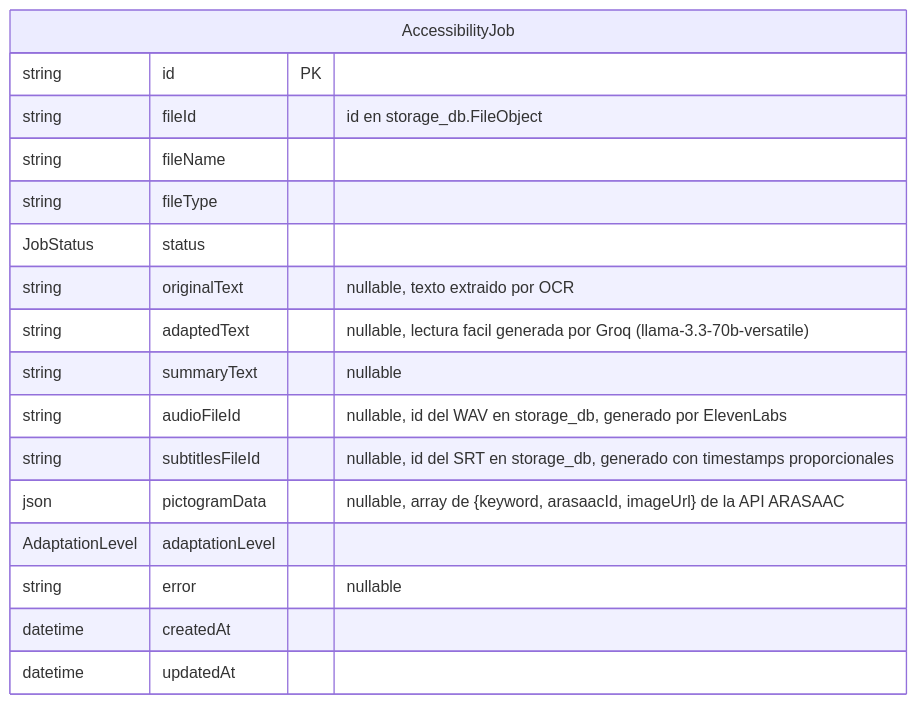
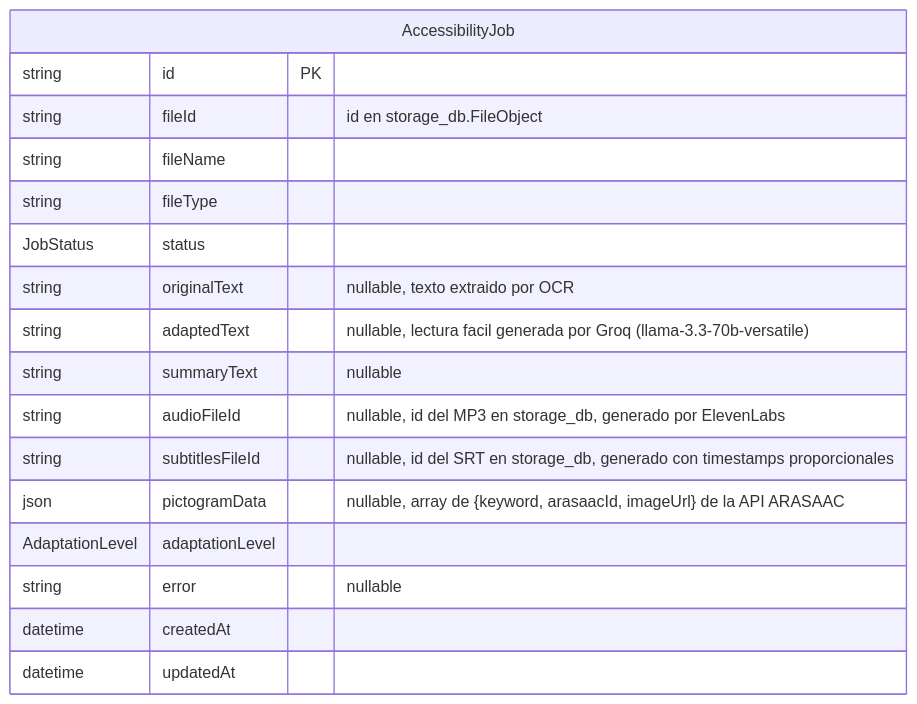
One commit to V-Yeimi19/Hackaton-MINEDU-Backend changed the eighth of 9 diagrams in docs/DATABASE.md. Above: the diagram before and after it, drawn with Mermaid. The commit also changed other lines of this file and 4 other files, not shown here.

First line of the commit message:
fix: corrige mimeType de audio y calculo de duracion del SRT

````diff
--- a/docs/DATABASE.md
+++ b/docs/DATABASE.md
@@ -204,20 +204,20 @@
 ```mermaid
 erDiagram
     AccessibilityJob {
         string id PK
         string fileId "id en storage_db.FileObject"
         string fileName
         string fileType
         JobStatus status
         string originalText "nullable, texto extraido por OCR"
         string adaptedText "nullable, lectura facil generada por Groq (llama-3.3-70b-versatile)"
         string summaryText "nullable"
-        string audioFileId "nullable, id del WAV en storage_db, generado por ElevenLabs"
+        string audioFileId "nullable, id del MP3 en storage_db, generado por ElevenLabs"
         string subtitlesFileId "nullable, id del SRT en storage_db, generado con timestamps proporcionales"
         json pictogramData "nullable, array de {keyword, arasaacId, imageUrl} de la API ARASAAC"
         AdaptationLevel adaptationLevel
         string error "nullable"
         datetime createdAt
         datetime updatedAt
     }
 ```
````
